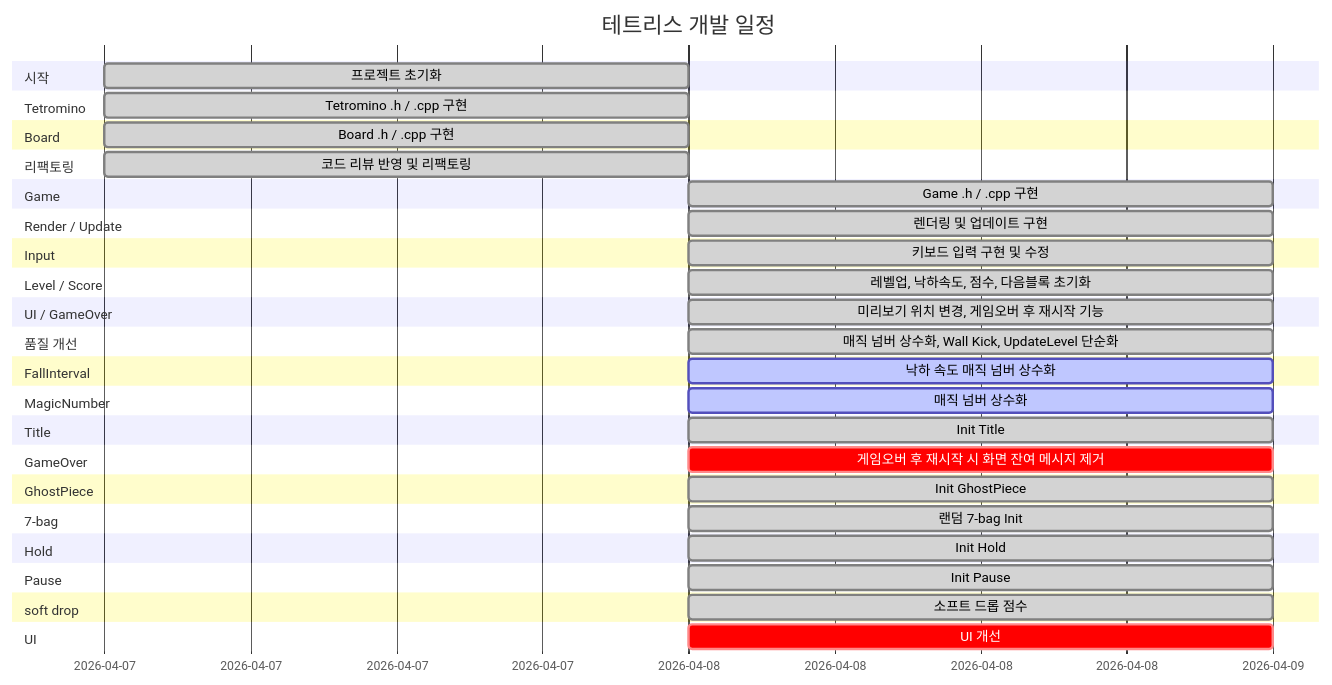
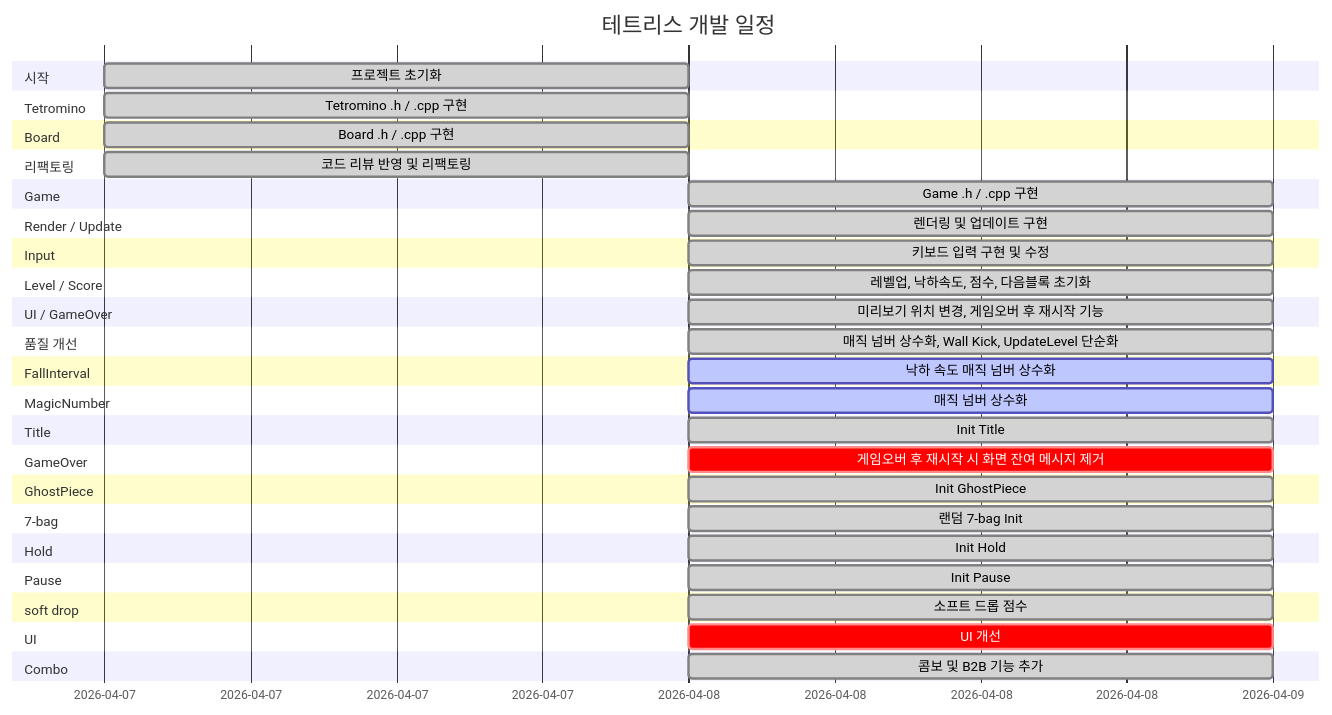
Before and after one commit to Chance031/Tetris-cpp: the diagram in README.md, drawn with Mermaid. The commit also changed other lines of this file, not shown here.

Commit message:
docs: README 자동 업데이트 [skip ci]

````diff
--- a/README.md
+++ b/README.md
@@ -27,45 +27,47 @@
 ```mermaid
 gantt
     title 테트리스 개발 일정
     dateFormat YYYY-MM-DD
     section 시작
         프로젝트 초기화 :done, init, 2026-04-07, 1d
     section Tetromino
         Tetromino .h / .cpp 구현 :done, t16803, 2026-04-07, 1d
     section Board
         Board .h / .cpp 구현 :done, t84048, 2026-04-07, 1d
     section 리팩토링
         코드 리뷰 반영 및 리팩토링 :done, refactor, 2026-04-07, 1d
     section Game
         Game .h / .cpp 구현 :done, t91896, 2026-04-08, 1d
     section Render / Update
         렌더링 및 업데이트 구현 :done, t47867, 2026-04-08, 1d
     section Input
         키보드 입력 구현 및 수정 :done, t8258, 2026-04-08, 1d
     section Level / Score
         레벨업, 낙하속도, 점수, 다음블록 초기화 :done, t44367, 2026-04-08, 1d
     section UI / GameOver
         미리보기 위치 변경, 게임오버 후 재시작 기능 :done, t55123, 2026-04-08, 1d
     section 품질 개선
         매직 넘버 상수화, Wall Kick, UpdateLevel 단순화 :done, t66234, 2026-04-08, 1d
     section FallInterval
         낙하 속도 매직 넘버 상수화 :active, t66782, 2026-04-08, 1d
     section MagicNumber
         매직 넘버 상수화 :active, t23180, 2026-04-08, 1d
     section Title
         Init Title :done, t45140, 2026-04-08, 1d
     section GameOver
         게임오버 후 재시작 시 화면 잔여 메시지 제거 :crit, t96693, 2026-04-08, 1d
     section GhostPiece
         Init GhostPiece :done, t88826, 2026-04-08, 1d
     section 7-bag
         랜덤 7-bag Init :done, t21893, 2026-04-08, 1d
     section Hold
         Init Hold :done, t97044, 2026-04-08, 1d
     section Pause
         Init Pause :done, t97166, 2026-04-08, 1d
     section soft drop
         소프트 드롭 점수 :done, t4875, 2026-04-08, 1d
     section UI
         UI 개선 :crit, t85460, 2026-04-08, 1d
+    section Combo
+        콤보 및 B2B 기능 추가 :done, t36199, 2026-04-08, 1d
 ```
````
